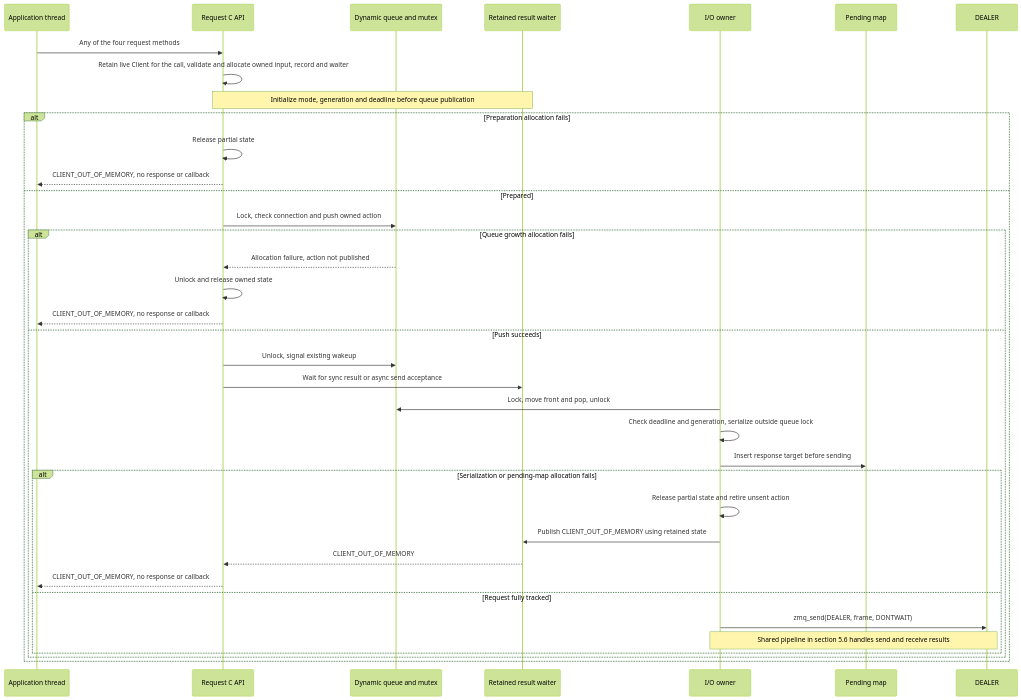
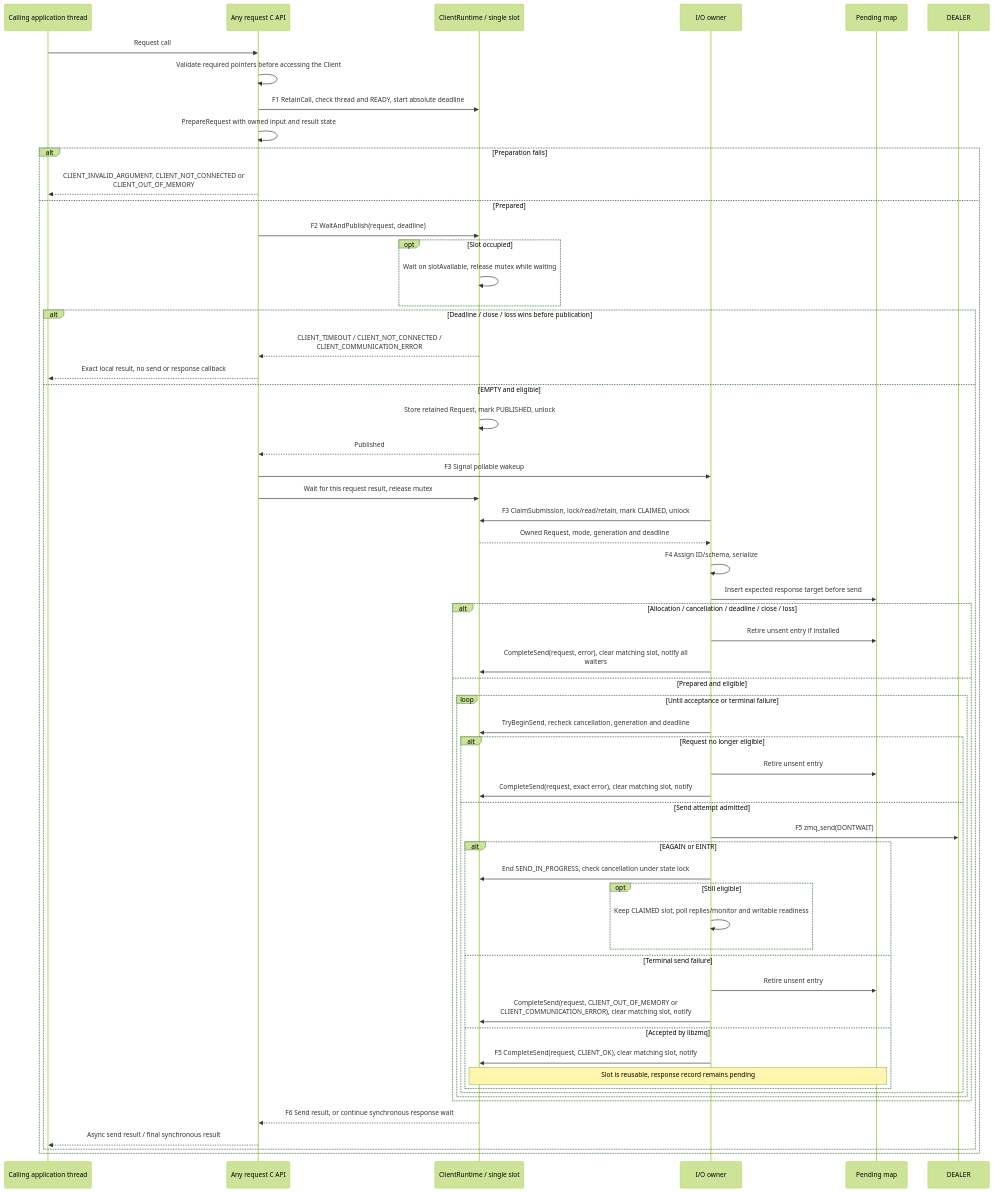
The third of 38 diagrams in doc/EyilSecureGateway.md (rdkcentral/eyil-secure-gateway), drawn with Mermaid (forest theme) before and after one commit. The commit also changed other lines of this file, not shown here.

Commit message:
RDKEMW-27976: Remove Client's queue

````diff
--- a/doc/EyilSecureGateway.md
+++ b/doc/EyilSecureGateway.md
@@ -819,39 +905,62 @@
 ```mermaid
 sequenceDiagram
-    participant A as Application thread
-    participant API as Request C API
-    participant Q as Dynamic queue and mutex
-    participant W as Retained result waiter
+    participant A as Calling application thread
+    participant API as Any request C API
+    participant S as ClientRuntime / single slot
     participant IO as I/O owner
     participant P as Pending map
     participant Z as DEALER
-    A->>API: Any of the four request methods
-    API->>API: Retain live Client for the call, validate and allocate owned input, record and waiter
-    Note over API,W: Initialize mode, generation and deadline before queue publication
-    alt Preparation allocation fails
-        API->>API: Release partial state
-        API-->>A: CLIENT_OUT_OF_MEMORY, no response or callback
+    A->>API: Request call
+    API->>API: Validate required pointers before accessing the Client
+    API->>S: F1 RetainCall, check thread and READY, start absolute deadline
+    API->>API: PrepareRequest with owned input and result state
+    alt Preparation fails
+        API-->>A: CLIENT_INVALID_ARGUMENT, CLIENT_NOT_CONNECTED or<br/>CLIENT_OUT_OF_MEMORY
     else Prepared
-        API->>Q: Lock, check connection and push owned action
-        alt Queue growth allocation fails
-            Q-->>API: Allocation failure, action not published
-            API->>API: Unlock and release owned state
-            API-->>A: CLIENT_OUT_OF_MEMORY, no response or callback
-        else Push succeeds
-            API->>Q: Unlock, signal existing wakeup
-            API->>W: Wait for sync result or async send acceptance
-            IO->>Q: Lock, move front and pop, unlock
-            IO->>IO: Check deadline and generation, serialize outside queue lock
-            IO->>P: Insert response target before sending
-            alt Serialization or pending-map allocation fails
-                IO->>IO: Release partial state and retire unsent action
-                IO->>W: Publish CLIENT_OUT_OF_MEMORY using retained state
-                W-->>API: CLIENT_OUT_OF_MEMORY
-                API-->>A: CLIENT_OUT_OF_MEMORY, no response or callback
-            else Request fully tracked
-                IO->>Z: zmq_send(DEALER, frame, DONTWAIT)
-                Note over IO,Z: Shared pipeline in section 5.6 handles send and receive results
+        API->>S: F2 WaitAndPublish(request, deadline)
+        opt Slot occupied
+            S->>S: Wait on slotAvailable, release mutex while waiting
+        end
+        alt Deadline / close / loss wins before publication
+            S-->>API: CLIENT_TIMEOUT / CLIENT_NOT_CONNECTED /<br/>CLIENT_COMMUNICATION_ERROR
+            API-->>A: Exact local result, no send or response callback
+        else EMPTY and eligible
+            S->>S: Store retained Request, mark PUBLISHED, unlock
+            S-->>API: Published
+            API->>IO: F3 Signal pollable wakeup
+            API->>S: Wait for this request result, release mutex
+            IO->>S: F3 ClaimSubmission, lock/read/retain, mark CLAIMED, unlock
+            S-->>IO: Owned Request, mode, generation and deadline
+            IO->>IO: F4 Assign ID/schema, serialize
+            IO->>P: Insert expected response target before send
+            alt Allocation / cancellation / deadline / close / loss
+                IO->>P: Retire unsent entry if installed
+                IO->>S: CompleteSend(request, error), clear matching slot, notify all<br/>waiters
+            else Prepared and eligible
+                loop Until acceptance or terminal failure
+                    IO->>S: TryBeginSend, recheck cancellation, generation and deadline
+                    alt Request no longer eligible
+                        IO->>P: Retire unsent entry
+                        IO->>S: CompleteSend(request, exact error), clear matching slot, notify
+                    else Send attempt admitted
+                        IO->>Z: F5 zmq_send(DONTWAIT)
+                        alt EAGAIN or EINTR
+                            IO->>S: End SEND_IN_PROGRESS, check cancellation under state lock
+                            opt Still eligible
+                                IO->>IO: Keep CLAIMED slot, poll replies/monitor and writable readiness
+                            end
+                        else Terminal send failure
+                            IO->>P: Retire unsent entry
+                            IO->>S: CompleteSend(request, CLIENT_OUT_OF_MEMORY or<br/>CLIENT_COMMUNICATION_ERROR), clear matching slot, notify
+                        else Accepted by libzmq
+                            IO->>S: F5 CompleteSend(request, CLIENT_OK), clear matching slot, notify
+                            Note over S,P: Slot is reusable, response record remains pending
+                        end
+                    end
+                end
             end
+            S-->>API: F6 Send result, or continue synchronous response wait
+            API-->>A: Async send result / final synchronous result
         end
     end
 ```
````
